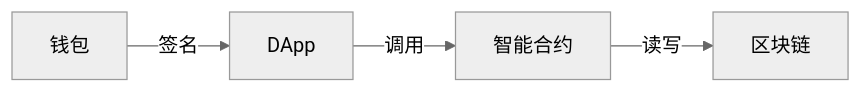
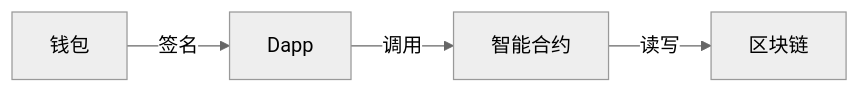
One commit to ethpanda-org/Web3-Internship-Handbook changed the first of 2 diagrams in docs/web3-handbook/part1/blockchain-basic.md. Above: the diagram before and after it, drawn with Mermaid (neutral theme). The commit also changed other lines of this file and 9 other files, not shown here.

````diff
--- a/docs/web3-handbook/part1/blockchain-basic.md
+++ b/docs/web3-handbook/part1/blockchain-basic.md
@@ -173,7 +173,7 @@
     ```mermaid
     flowchart LR
-        钱包 -->|签名| DApp
-        DApp -->|调用| 智能合约
+        钱包 -->|签名| Dapp
+        Dapp -->|调用| 智能合约
         智能合约 -->|读写| 区块链
     
     ```
````
